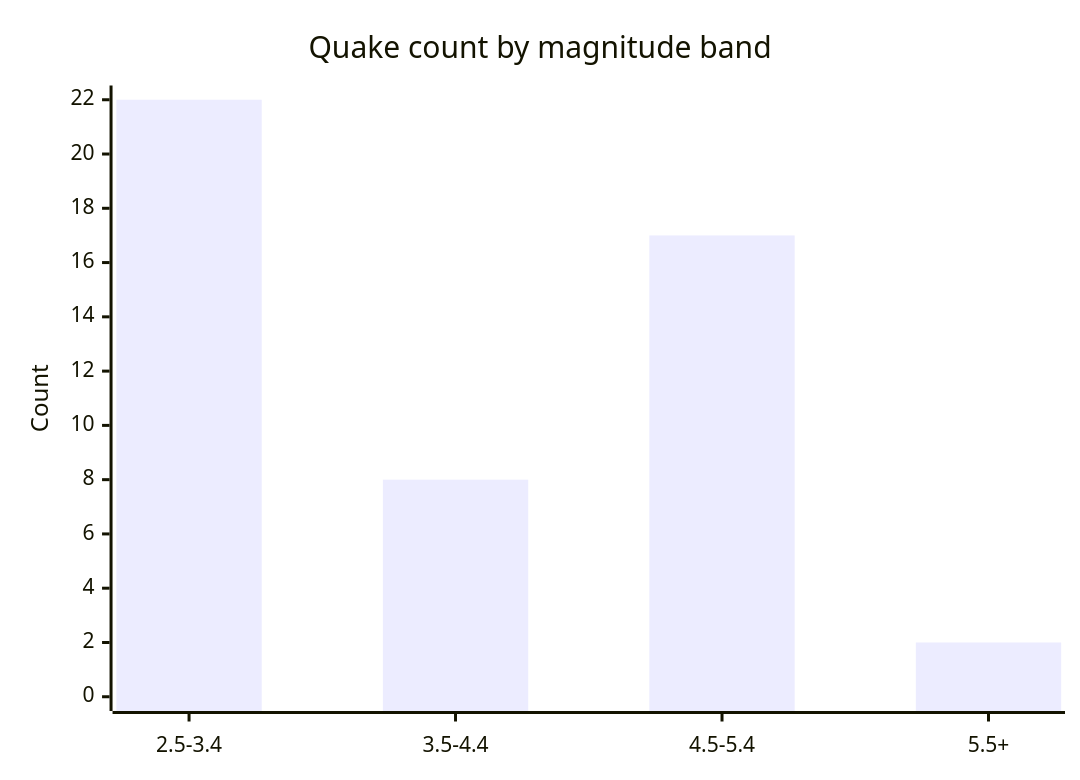
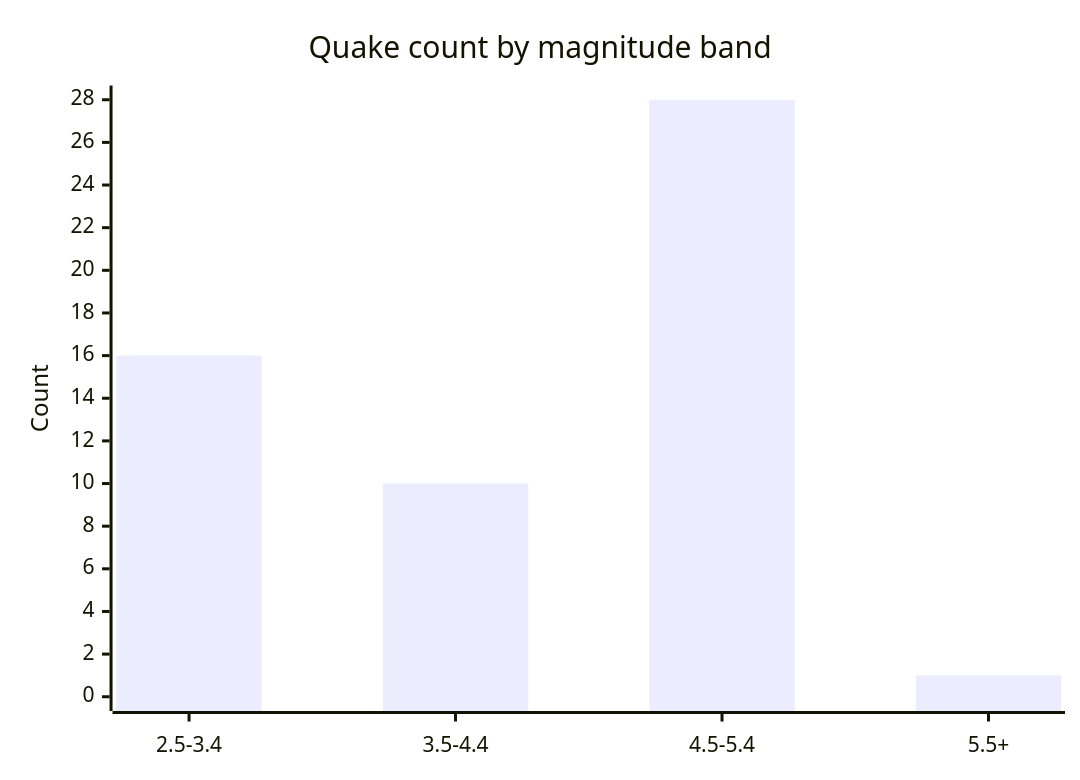
Before and after one commit to Midwest-Stratospheric/aerostratospheric-defense-gir: the fifth of 6 diagrams in docs/GRAPHS.md, drawn with Mermaid. The commit also changed other lines of this file and 24 other files, not shown here.

````diff
--- a/docs/GRAPHS.md
+++ b/docs/GRAPHS.md
@@ -82,7 +82,7 @@
 ```mermaid
 xychart-beta
   title "Quake count by magnitude band"
   x-axis ["2.5-3.4", "3.5-4.4", "4.5-5.4", "5.5+"]
-  y-axis "Count" 0 --> 22
-  bar [22, 8, 17, 2]
+  y-axis "Count" 0 --> 28
+  bar [16, 10, 28, 1]
 ```
````
